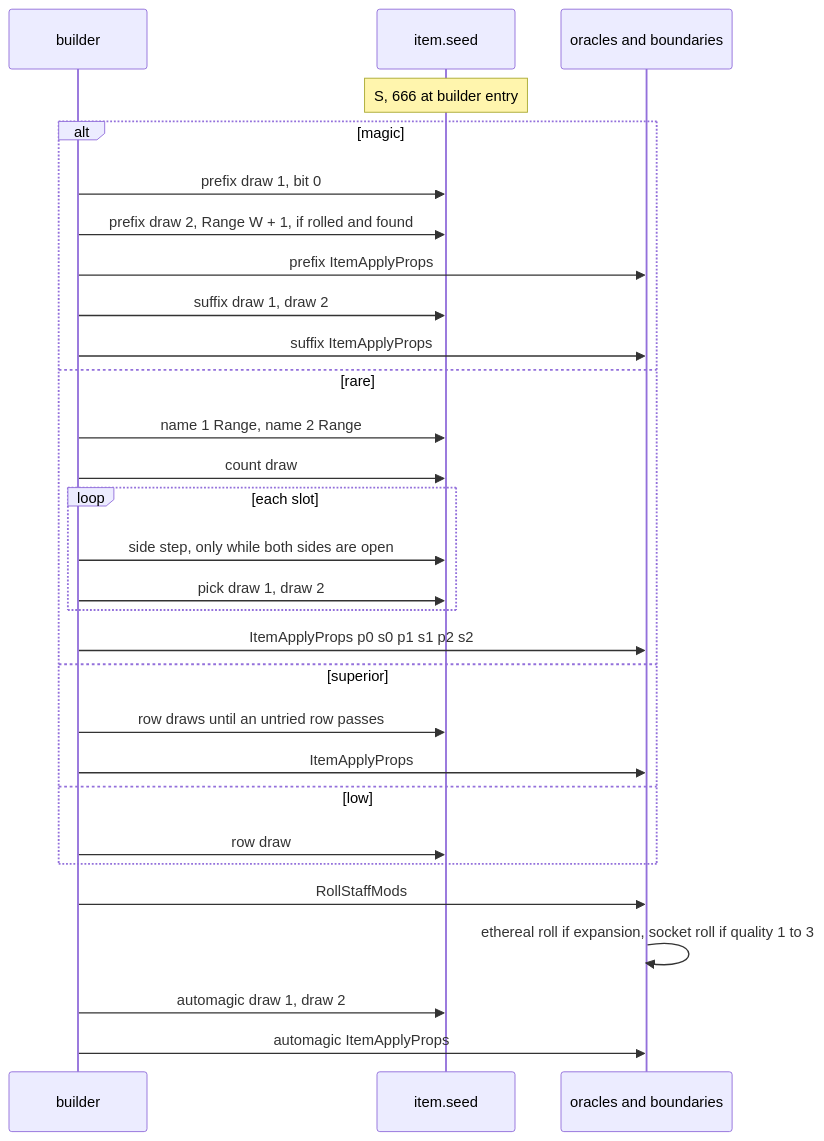
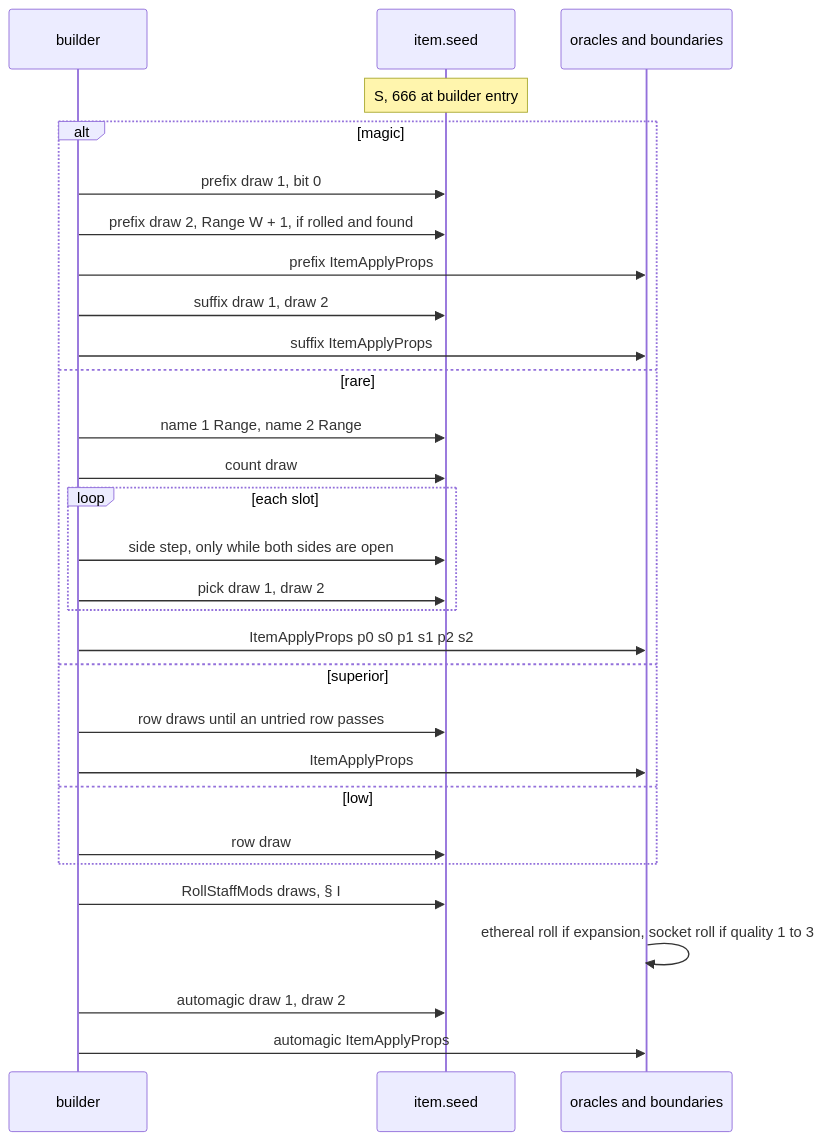
The fifth of 5 diagrams in docs/specs/items/affixes.md (IgorKonovalov/diablo-2-recompilation), drawn with Mermaid before and after one commit. The commit also changed other lines of this file and 14 other files, not shown here.

````diff
--- a/docs/specs/items/affixes.md
+++ b/docs/specs/items/affixes.md
@@ -785,31 +785,31 @@
 ```mermaid
 sequenceDiagram
   participant B as builder
   participant I as item.seed
   participant O as oracles and boundaries
   Note over I: S, 666 at builder entry
   alt magic
     B->>I: prefix draw 1, bit 0
     B->>I: prefix draw 2, Range W + 1, if rolled and found
     B->>O: prefix ItemApplyProps
     B->>I: suffix draw 1, draw 2
     B->>O: suffix ItemApplyProps
   else rare
     B->>I: name 1 Range, name 2 Range
     B->>I: count draw
     loop each slot
       B->>I: side step, only while both sides are open
       B->>I: pick draw 1, draw 2
     end
     B->>O: ItemApplyProps p0 s0 p1 s1 p2 s2
   else superior
     B->>I: row draws until an untried row passes
     B->>O: ItemApplyProps
   else low
     B->>I: row draw
   end
-  B->>O: RollStaffMods
+  B->>I: RollStaffMods draws, § I
   O->>O: ethereal roll if expansion, socket roll if quality 1 to 3
   B->>I: automagic draw 1, draw 2
   B->>O: automagic ItemApplyProps
 ```
````
